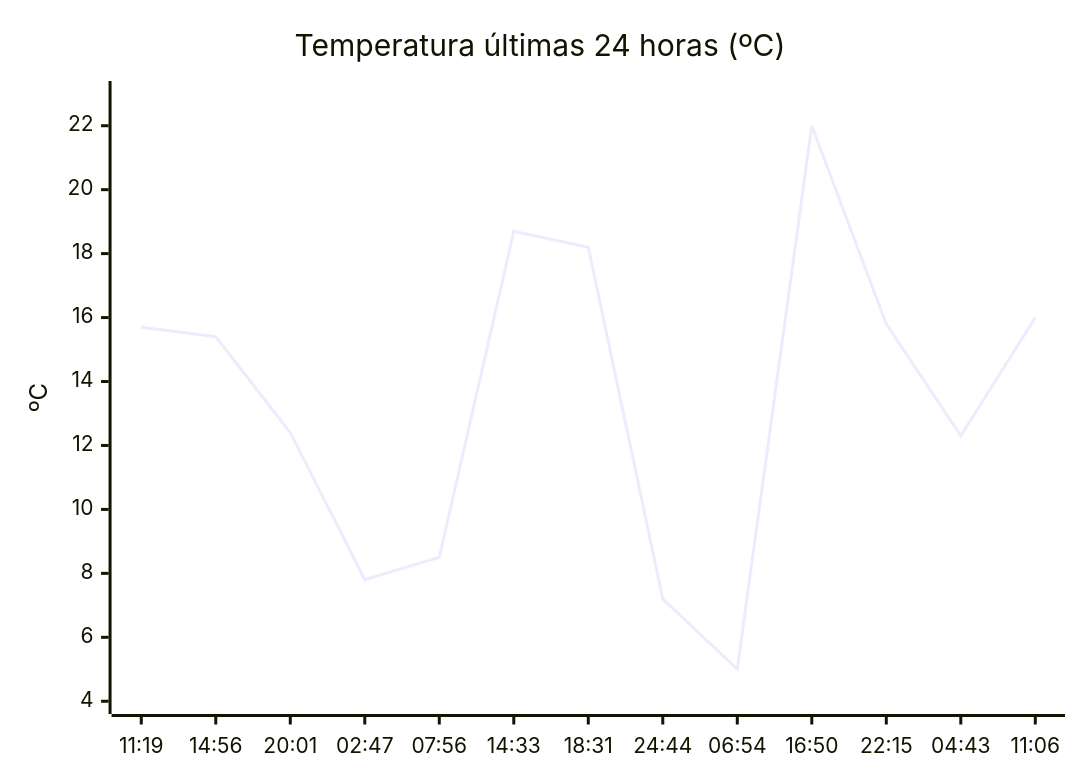
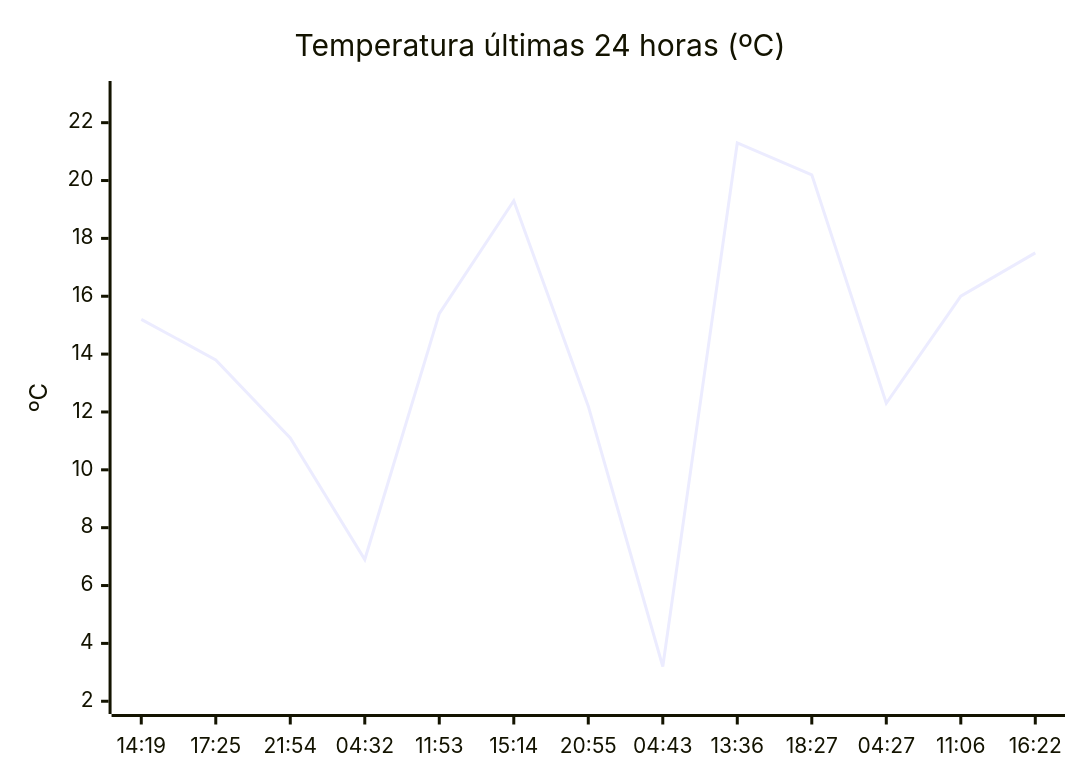
One commit to solidsnk86/rem-scrap changed the diagram in README.md. Above: the diagram before and after it, drawn with Mermaid. The commit also changed other lines of this file, not shown here.

````diff
--- a/README.md
+++ b/README.md
@@ -36,7 +32,7 @@
 ```mermaid
 xychart-beta
     title "Temperatura últimas 24 horas (ºC)"
-    x-axis ["11:19", "14:56", "20:01", "02:47", "07:56", "14:33", "18:31", "24:44", "06:54", "16:50", "22:15", "04:43", "11:06"]
-    y-axis "ºC" 4 --> 23
-    line [15.7, 15.4, 12.4, 7.8, 8.5, 18.7, 18.2, 7.2, 5, 22, 15.8, 12.3, 16]
+    x-axis ["14:19", "17:25", "21:54", "04:32", "11:53", "15:14", "20:55", "04:43", "13:36", "18:27", "04:27", "11:06", "16:22"]
+    y-axis "ºC" 2 --> 23
+    line [15.2, 13.8, 11.1, 6.9, 15.4, 19.3, 12.2, 3.2, 21.3, 20.2, 12.3, 16, 17.5]
 ```
````
